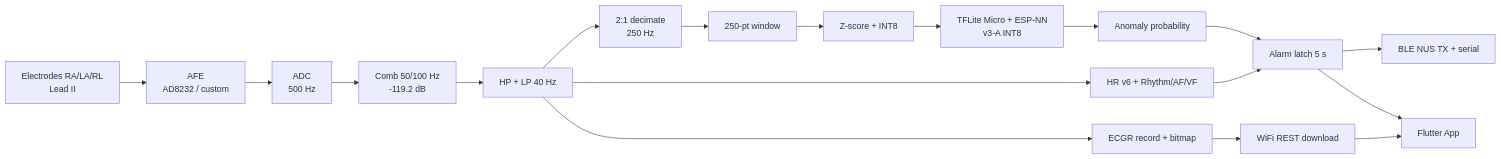
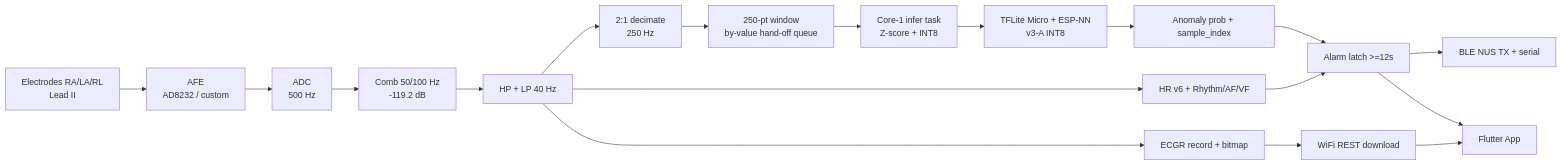
Before and after one commit to stevenson2/ecg-programme-tju-flex.electron: the diagram in README.en.md, drawn with Mermaid. The commit also changed other lines of this file and 2 other files, not shown here.

````diff
--- a/README.en.md
+++ b/README.en.md
@@ -66,20 +94,20 @@
 ```mermaid
 flowchart LR
     A[Electrodes RA/LA/RL<br/>Lead II] --> B[AFE<br/>AD8232 / custom]
     B --> C[ADC<br/>500 Hz]
     C --> D[Comb 50/100 Hz<br/>-119.2 dB]
     D --> E[HP + LP 40 Hz]
     E --> F[HR v6 + Rhythm/AF/VF]
     E --> G[2:1 decimate<br/>250 Hz]
-    G --> H[250-pt window]
-    H --> I[Z-score + INT8]
-    I --> J[TFLite Micro + ESP-NN<br/>v3-A INT8]
-    J --> K[Anomaly probability]
-    K --> L[Alarm latch 5 s]
+    G --> H[250-pt window<br/>by-value hand-off queue]
+    H --> I1[Core-1 infer task<br/>Z-score + INT8]
+    I1 --> J[TFLite Micro + ESP-NN<br/>v3-A INT8]
+    J --> K[Anomaly prob + sample_index]
+    K --> L[Alarm latch >=12s]
     E --> M[ECGR record + bitmap]
     F --> L
     L --> N[BLE NUS TX + serial]
     M --> O[WiFi REST download]
     L --> P[Flutter App]
     O --> P
 ```
````
